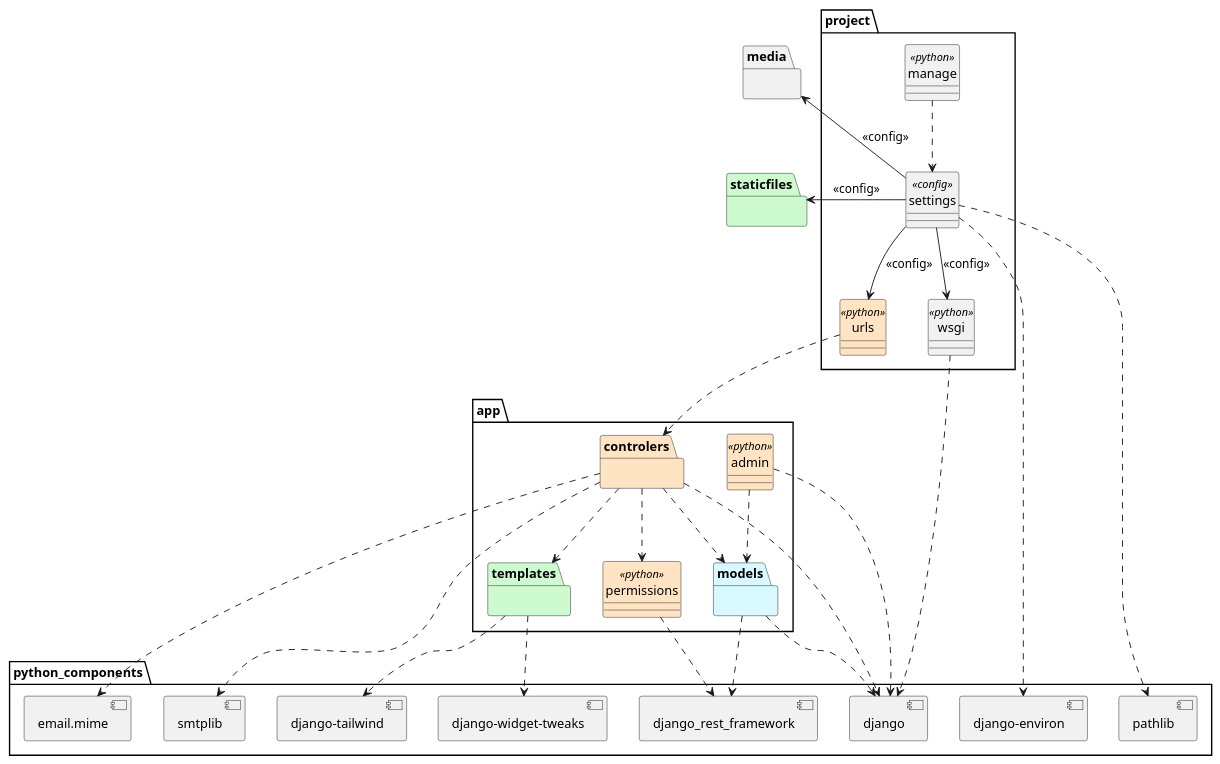
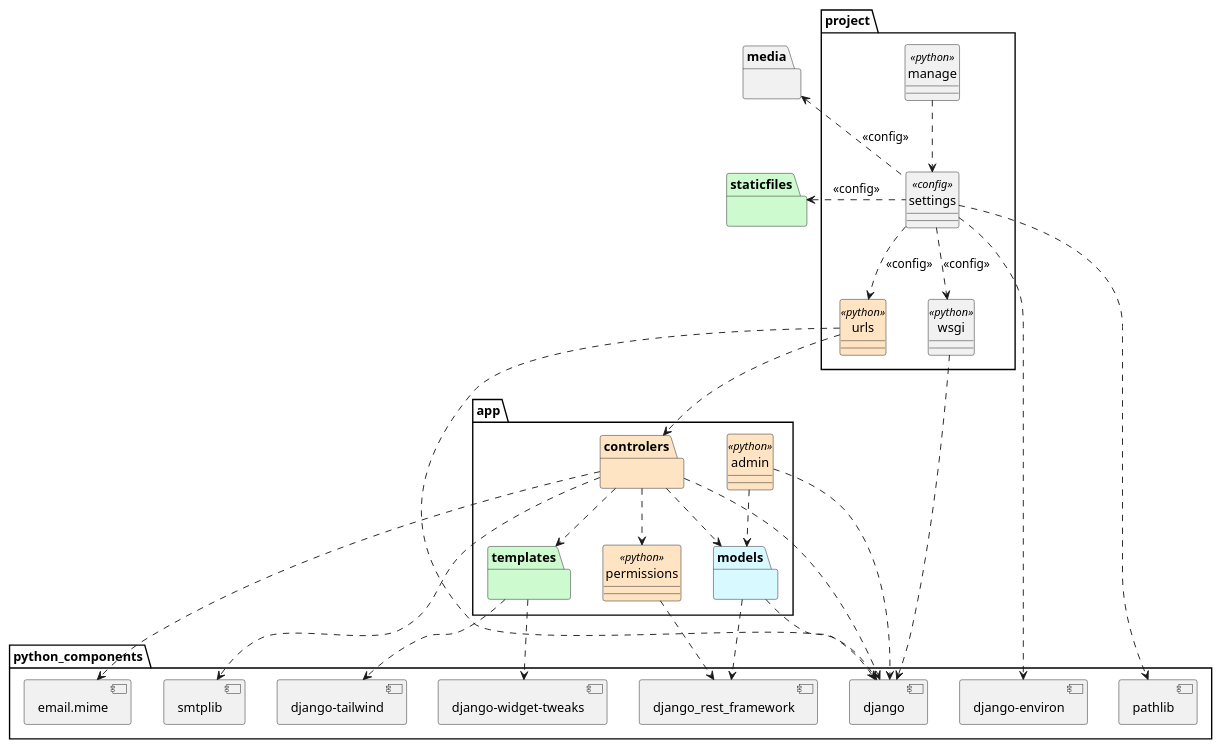
One commit to mpaulaherrero/tesis-frameworks-backend-diagrams changed the diagram in logicalView/designView/django/packageDesign/designPackageDiagram.plantuml. Above: the diagram before and after it, drawn with PlantUML.

Commit message:
config como dependencia y url con django

```diff
--- a/logicalView/designView/django/packageDesign/designPackageDiagram.plantuml
+++ b/logicalView/designView/django/packageDesign/designPackageDiagram.plantuml
@@ -1,144 +1,144 @@
 @startuml
 skinparam style strictuml
 allow_mixing
 
 package "python_components" as components {
     component "django-widget-tweaks" as tweaks
     component "django-tailwind" as tailwind
     component "email.mime" as email
     component smtplib
     component "django_rest_framework" as restframework
     component pathlib
     component "django-environ" as environ
     component django {
         'component "contrib" as django.contrib
         'component "core" as django.core
         'component "http" as django.http
         'component "shortcuts" as django.shortcuts
         'component "views" as django.views
         'component "utils" as django.utils
         'component "db" as django.db
         'component "forms" as django.forms
         'component "urls" as django.url
     }
 }
 
 package project {
     '.env es un archivo de configuración de environ
     'class asgi <<python>>
     class wsgi <<python>>
     class settings <<config>>
     class urls <<python>> #bisque
     class manage <<python>>
     'será que manage va? es una utilidad de linea de comando
 }
 
 package app {
     package controlers as controllers #bisque {
         'package comment_views {}
         'package publication_views {}
         'package user_views {}
     }
     package models #d8f9ff{
         'package user {}
         'package user_forms {}
     }
     package templates #cefad0 {}
     class admin <<python>> #bisque
     class permissions <<python>> #bisque
 }
 
 package staticfiles #cefad0{
     'package admin as staticfilesadmin {
     '    package css {}
     '    package img {}
     '    package js {}
     '}
     'package rest_framework{
     '    package css {}
     '    package docs {
         '    package css {}
         '    package img {}
         '    package js {}
     '    }
     '    package fonts {}
     '    package img {}
     '    package js {}
     '}
 }
 
 'package theme #cefad0{
     'package "dist" as static.css.dist {}
     'package "templates" as theme.templates {}
 '}
 
 package media {}
 
 manage .d.> settings
 settings ..> environ
 settings ..> pathlib
-settings -d-> urls: <<config>>
-settings --> wsgi: <<config>>
+settings .d.> urls: <<config>>
+settings ..> wsgi: <<config>>
 'settings ..> templates
 'settings ..> admin
-settings -l-> media: <<config>>
-settings -l-> staticfiles: <<config>>
+settings .l.> media: <<config>>
+settings .l.> staticfiles: <<config>>
 'settings -l-> theme: <<config>>
 
 'diseño
 urls -[hidden]l- wsgi
 media -[hidden]d- staticfiles
 'staticfiles -[hidden]l- theme
 environ -[hidden]l- django
 
 
 wsgi ..> django
-urls .[hidden].> django: feo
+urls ..> django
 
 urls .d.> controllers
 'urls -d-> user_views
 'urls -d-> publication_views
 'urls -d-> comment_views
 
 
 admin ..> models
 admin ..> django
 
 'comment_views --> models
 'publication_views --> models
 'user_views --> models
 'user_forms -r-> user
 controllers ..> models
 controllers ..> templates
 controllers ..> permissions
 'controllers ..> settings CICLO
 controllers ..> django
 'controllers ..> django.contrib
 'controllers ..> django.core
 'controllers ..> django.http
 'controllers ..> django.shortcuts
 'controllers ..> django.views
 'controllers ..> django.utils
 controllers ..> email
 controllers ..> smtplib
 
 'templates .l.> theme
 'templates ..> staticfiles
 templates ..> tweaks
 templates ..> tailwind
 permissions ..> restframework
 
 models ..> restframework
 models ..> django
 'models ..> django.db
 'models ..> django.url
 'models ..> django.forms
 'models ..> django.core
 'models ..> django.contrib
 
 'comment_views --> restframework
 'publication_views --> restframework
 'user_views --> restframework
 'django -[hidden]d-> components
 
 @enduml
```
